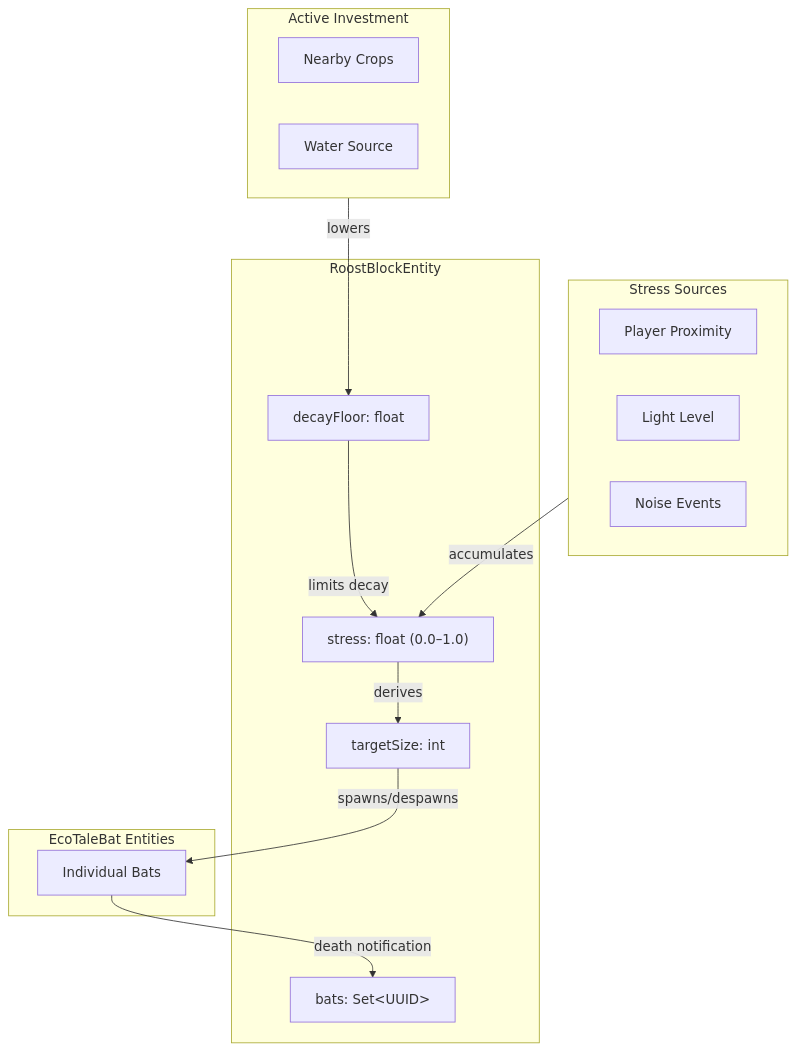
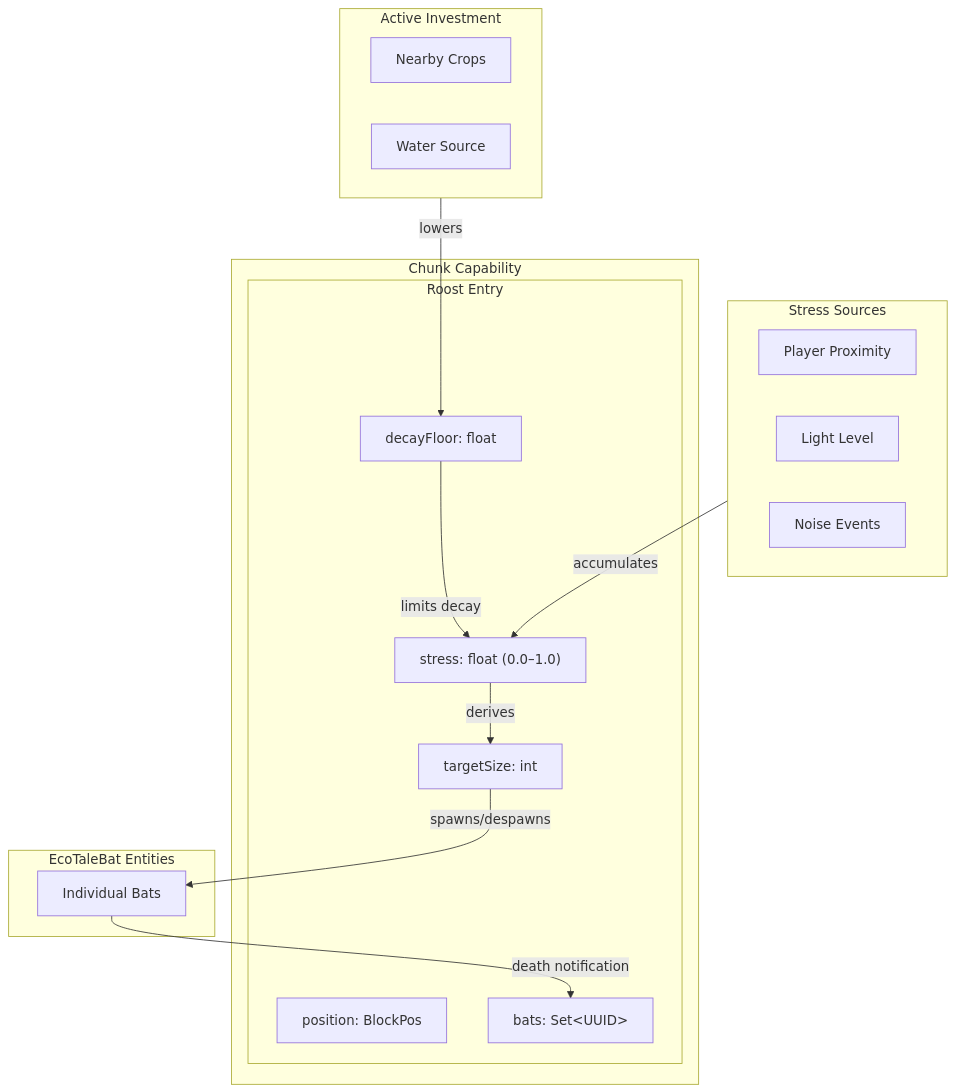
The diagram in docs/mobs/bats/Colony Health Architecture.md (SoSly/EcoTale), drawn with Mermaid before and after one commit. The commit also changed other lines of this file and 5 other files, not shown here.

First line of the commit message:
docs: add Natural Roosts Architecture and update bat docs for chunk capability

````diff
--- a/docs/mobs/bats/Colony Health Architecture.md
+++ b/docs/mobs/bats/Colony Health Architecture.md
@@ -13,31 +13,34 @@
 ```mermaid
 flowchart TB
-    subgraph Roost["RoostBlockEntity"]
-        stress["stress: float (0.0–1.0)"]
-        decayFloor["decayFloor: float"]
-        bats["bats: Set&lt;UUID&gt;"]
-        targetSize["targetSize: int"]
+    subgraph ChunkCap["Chunk Capability"]
+        subgraph RoostEntry["Roost Entry"]
+            position["position: BlockPos"]
+            stress["stress: float (0.0–1.0)"]
+            decayFloor["decayFloor: float"]
+            bats["bats: Set&lt;UUID&gt;"]
+            targetSize["targetSize: int"]
+        end
     end
 
     subgraph Sources["Stress Sources"]
         proximity["Player Proximity"]
         light["Light Level"]
         noise["Noise Events"]
     end
 
     subgraph Investment["Active Investment"]
         food["Nearby Crops"]
         water["Water Source"]
     end
 
     subgraph Bats["EcoTaleBat Entities"]
         bat["Individual Bats"]
     end
 
     Sources -->|"accumulates"| stress
     Investment -->|"lowers"| decayFloor
     decayFloor -->|"limits decay"| stress
     stress -->|"derives"| targetSize
     targetSize -->|"spawns/despawns"| bat
     bat -->|"death notification"| bats
 ```
````
